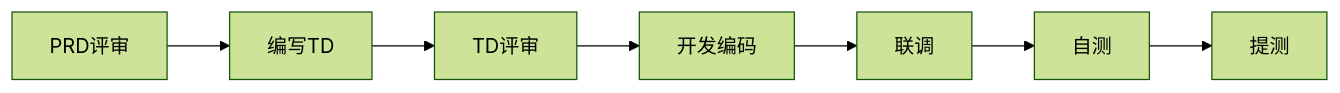
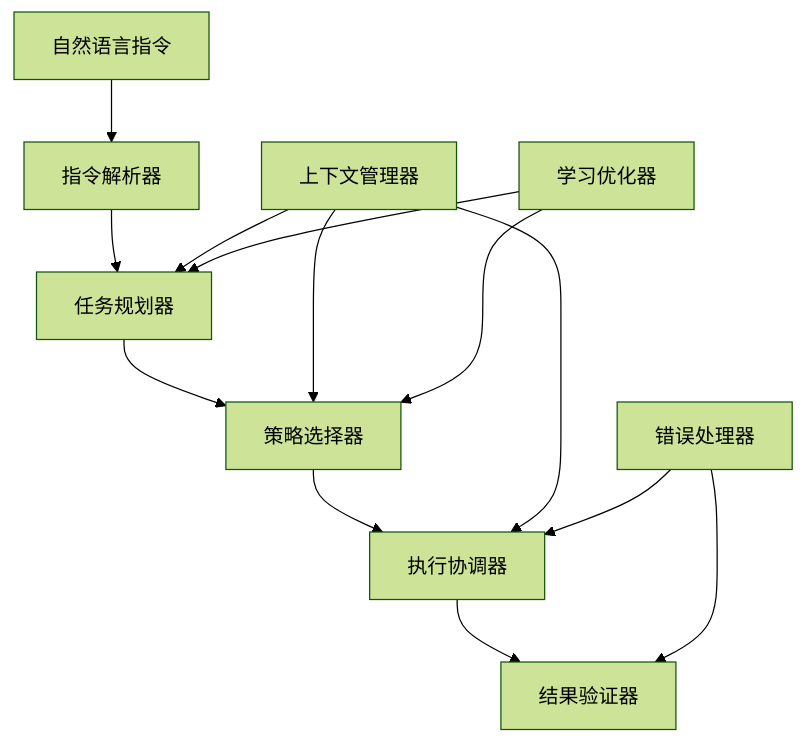
One commit to zhuozp/AI-UI- changed the fourth of 6 diagrams in Tech.md. Above: the diagram before and after it, drawn with Mermaid (forest theme). The commit also changed other lines of this file, not shown here.

````diff
--- a/Tech.md
+++ b/Tech.md
@@ -168,9 +369,18 @@
 ```mermaid
-graph LR
-    A[PRD评审] --> B[编写TD]
-    B --> C[TD评审]
-    C --> D[开发编码]
-    D --> E[联调]
-    E --> F[自测]
-    F --> G[提测]
+graph TB
+    A[自然语言指令] --> B[指令解析器]
+    B --> C[任务规划器]
+    C --> D[策略选择器]
+    D --> E[执行协调器]
+    E --> F[结果验证器]
+    
+    G[上下文管理器] --> C
+    G --> D
+    G --> E
+    
+    H[错误处理器] --> E
+    H --> F
+    
+    I[学习优化器] --> C
+    I --> D
 ```
````
